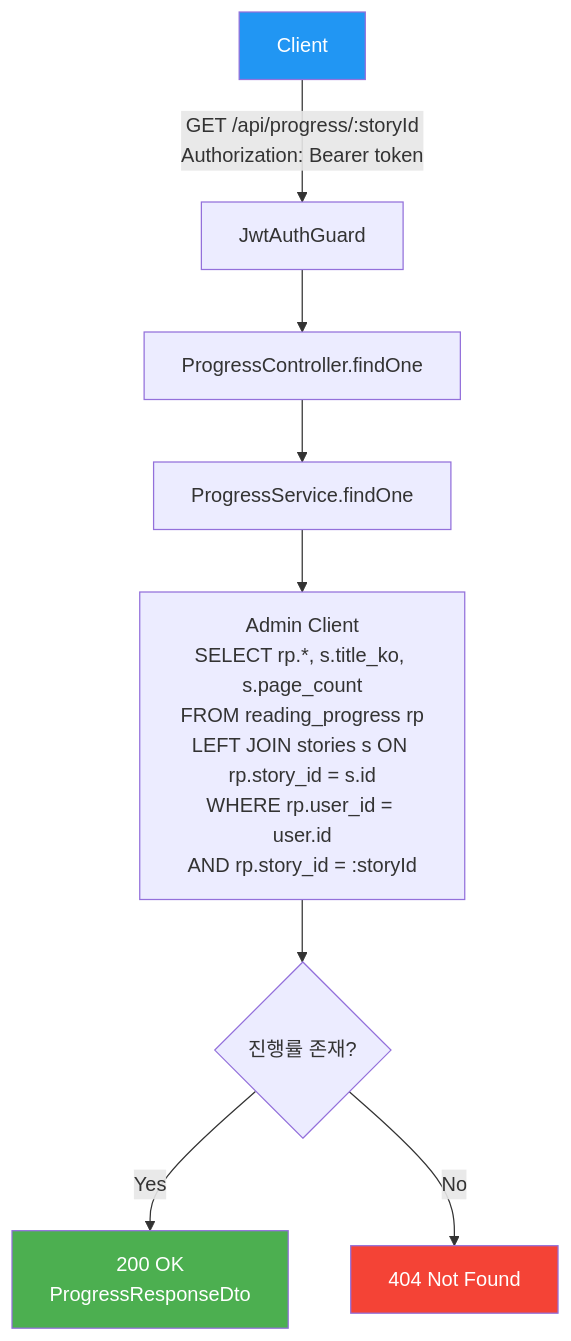
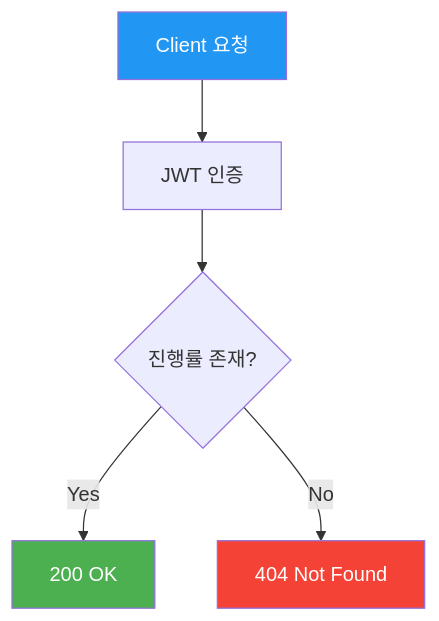
Before and after one commit to youngkim90/ddukddak-api: the third of 6 diagrams in docs/api/progress-api.md, drawn with Mermaid. The commit also changed other lines of this file and 5 other files, not shown here.

First line of the commit message:
docs: simplify flowcharts with dual API/code flow structure

````diff
--- a/docs/api/progress-api.md
+++ b/docs/api/progress-api.md
@@ -67,14 +74,11 @@
 ```mermaid
 flowchart TD
-    A[Client] -->|"GET /api/progress/:storyId<br/>Authorization: Bearer token"| B[JwtAuthGuard]
-    B --> C[ProgressController.findOne]
-    C --> D[ProgressService.findOne]
-    D --> E["Admin Client<br/>SELECT rp.*, s.title_ko, s.page_count<br/>FROM reading_progress rp<br/>LEFT JOIN stories s ON rp.story_id = s.id<br/>WHERE rp.user_id = user.id<br/>AND rp.story_id = :storyId"]
-    E --> F{진행률 존재?}
-    F -- Yes --> G["200 OK<br/>ProgressResponseDto"]
-    F -- No --> H["404 Not Found"]
+    A[Client 요청] --> B[JWT 인증]
+    B --> C{진행률 존재?}
+    C -- Yes --> D[200 OK]
+    C -- No --> E[404 Not Found]
 
     style A fill:#2196f3,color:#fff
-    style G fill:#4caf50,color:#fff
-    style H fill:#f44336,color:#fff
+    style D fill:#4caf50,color:#fff
+    style E fill:#f44336,color:#fff
 ```
````
